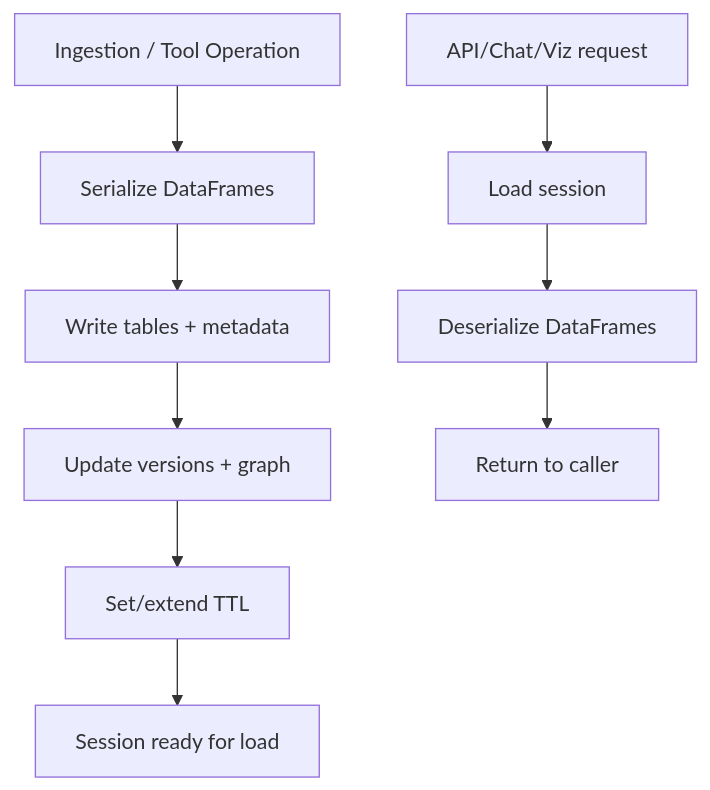
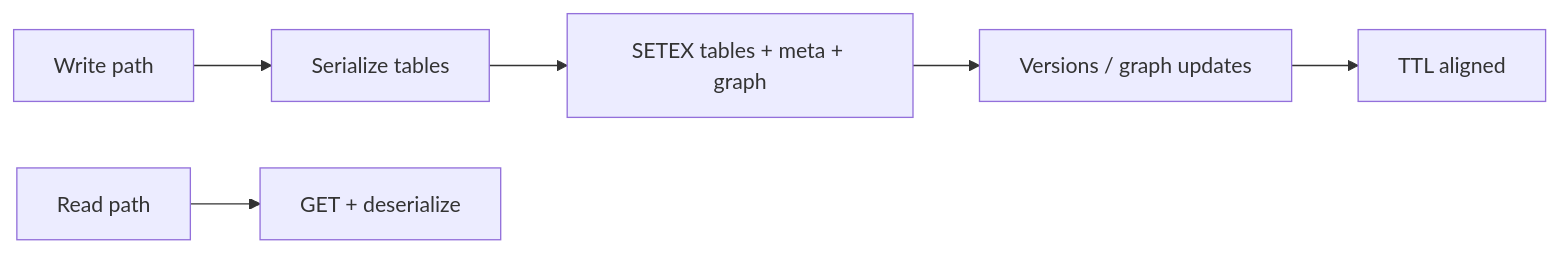
Before and after one commit to shivansh-2003/Data-Assistant: the diagram in redis_db/README.md, drawn with Mermaid. The commit also changed other lines of this file and 59 other files, not shown here.

````diff
--- a/redis_db/README.md
+++ b/redis_db/README.md
@@ -22,11 +23,8 @@
 ```mermaid
-flowchart TD
-    A[Ingestion / Tool Operation] --> B[Serialize DataFrames]
-    B --> C[Write tables + metadata]
-    C --> D[Update versions + graph]
-    D --> E[Set/extend TTL]
-    E --> F[Session ready for load]
-    G[API/Chat/Viz request] --> H[Load session]
-    H --> I[Deserialize DataFrames]
-    I --> J[Return to caller]
+flowchart LR
+    A[Write path] --> B[Serialize tables]
+    B --> C[SETEX tables + meta + graph]
+    C --> D[Versions / graph updates]
+    D --> E[TTL aligned]
+    F[Read path] --> G[GET + deserialize]
 ```
````
